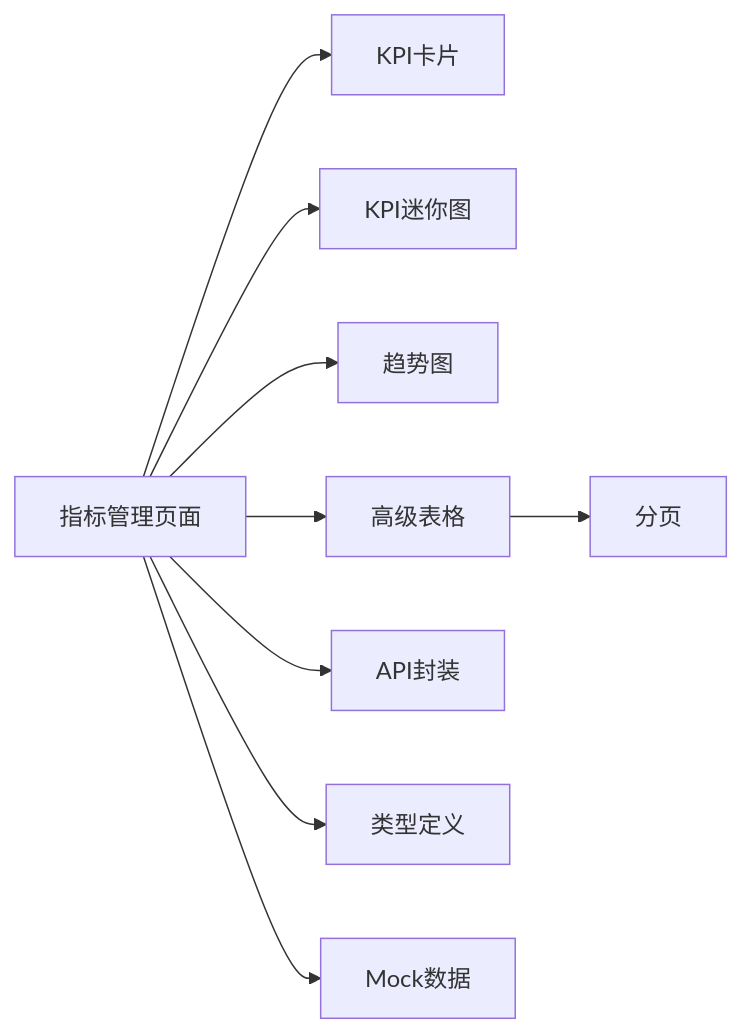
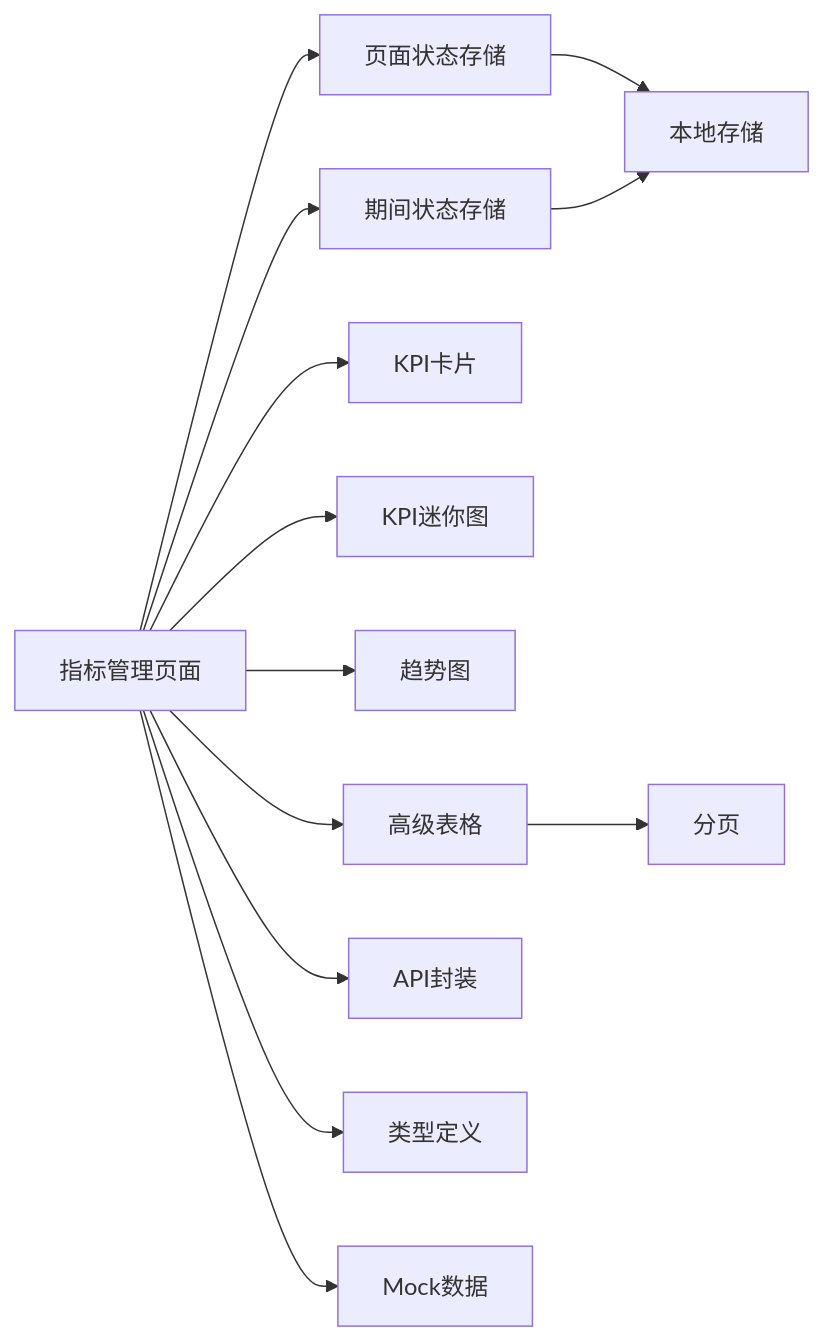
One commit to Damao997/newproject changed the third of 3 diagrams in .qoder/repowiki/zh/content/页面组件/指标管理页面.md. Above: the diagram before and after it, drawn with Mermaid. The commit also changed other lines of this file and 22 other files, not shown here.

````diff
--- a/.qoder/repowiki/zh/content/页面组件/指标管理页面.md
+++ b/.qoder/repowiki/zh/content/页面组件/指标管理页面.md
@@ -213,11 +265,15 @@
 ```mermaid
 graph LR
-Indicators["指标管理页面"] --> KPICard["KPI卡片"]
+Indicators["指标管理页面"] --> PageStore["页面状态存储"]
+Indicators --> PeriodStore["期间状态存储"]
+Indicators --> KPICard["KPI卡片"]
 Indicators --> Sparkline["KPI迷你图"]
 Indicators --> TrendChart["趋势图"]
 Indicators --> ProTable["高级表格"]
 ProTable --> Pagination["分页"]
 Indicators --> API["API封装"]
 Indicators --> Types["类型定义"]
 Indicators --> Mock["Mock数据"]
+PageStore --> LocalStorage["本地存储"]
+PeriodStore --> LocalStorage
 ```
````
